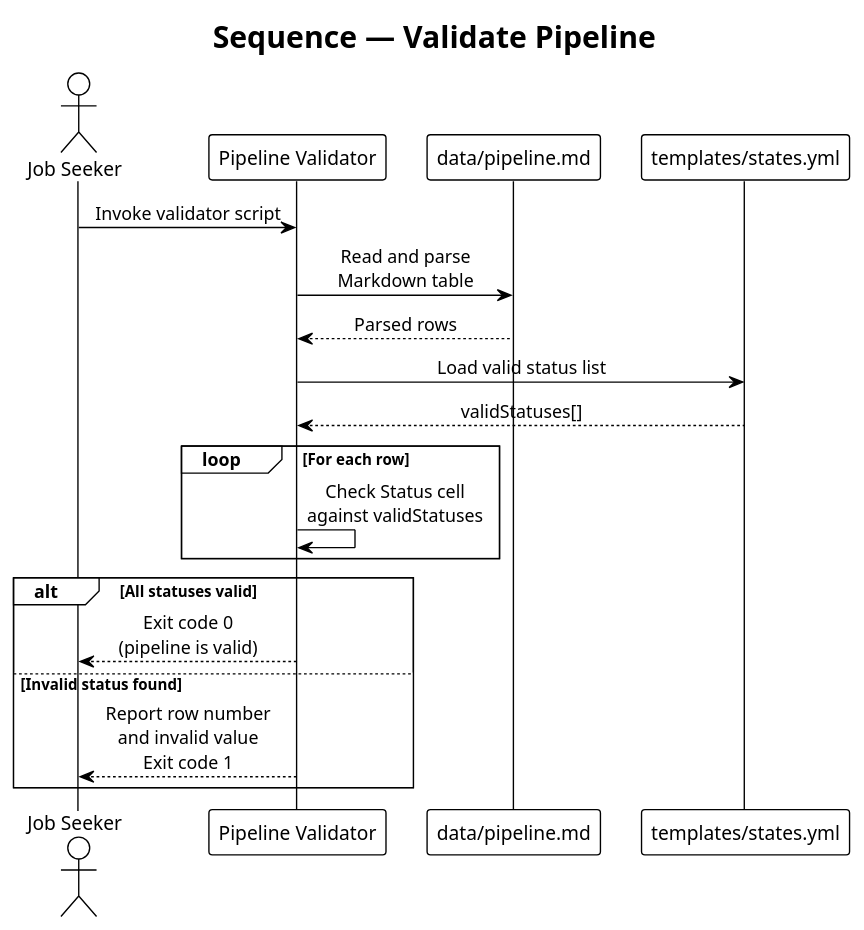
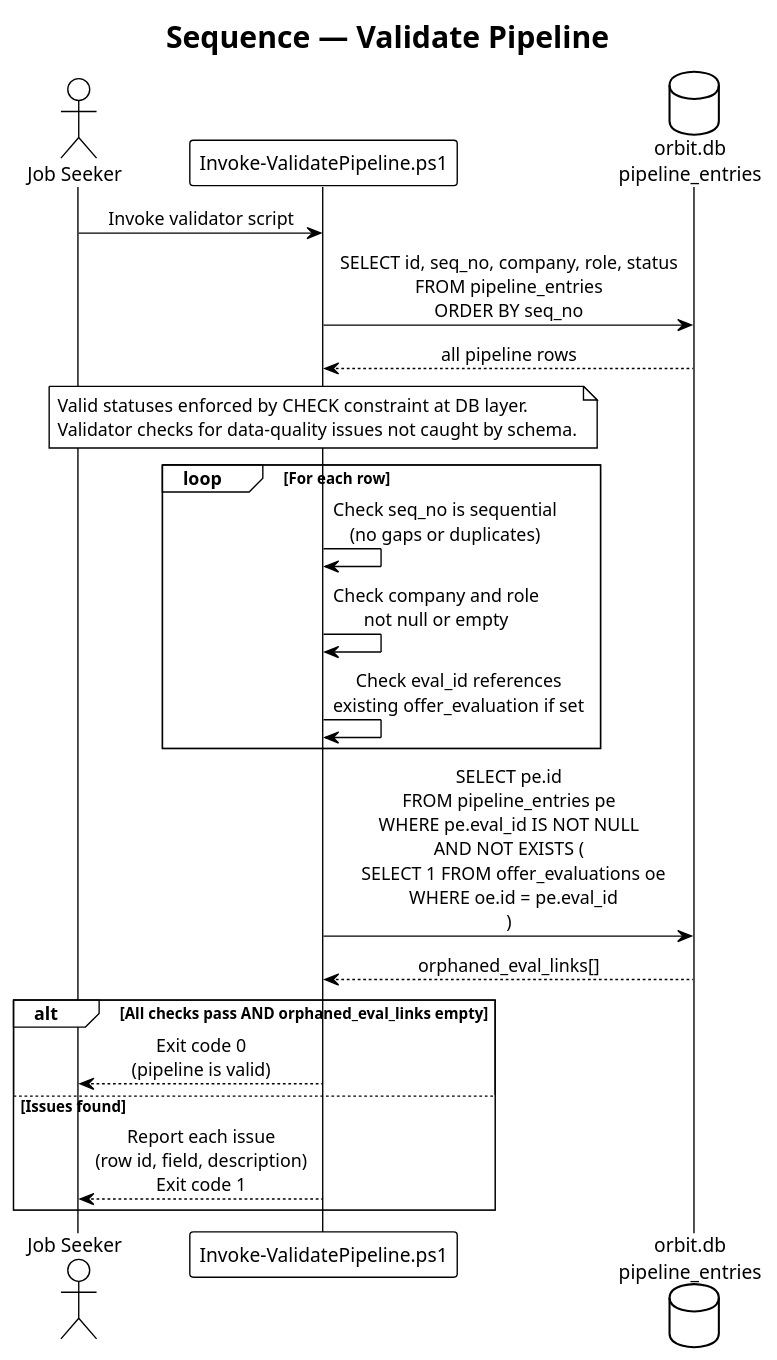
The diagram in docs/detailed-designs/03-application-pipeline-tracking/diagrams/sequence_validate_pipeline.puml (QuinntyneBrown/Orbit), drawn with PlantUML before and after one commit. The commit also changed 4 other files, not shown here.

Commit message:
Update sequence diagrams for pipeline validation, role classification, outreach, recruiter follow-up, and startup validation

```diff
--- a/docs/detailed-designs/03-application-pipeline-tracking/diagrams/sequence_validate_pipeline.puml
+++ b/docs/detailed-designs/03-application-pipeline-tracking/diagrams/sequence_validate_pipeline.puml
@@ -1,28 +1,36 @@
 @startuml sequence_validate_pipeline
 !theme plain
 skinparam sequenceMessageAlign center
 
 title Sequence — Validate Pipeline
 
 actor "Job Seeker" as User
-participant "Pipeline Validator" as Validator
-participant "data/pipeline.md" as Pipeline
-participant "templates/states.yml" as States
+participant "Invoke-ValidatePipeline.ps1" as Validator
+database "orbit.db\npipeline_entries" as DB
 
 User -> Validator : Invoke validator script
-Validator -> Pipeline : Read and parse\nMarkdown table
-Pipeline --> Validator : Parsed rows
-Validator -> States : Load valid status list
-States --> Validator : validStatuses[]
+
+Validator -> DB : SELECT id, seq_no, company, role, status\nFROM pipeline_entries\nORDER BY seq_no
+DB --> Validator : all pipeline rows
+
+note over Validator
+  Valid statuses enforced by CHECK constraint at DB layer.
+  Validator checks for data-quality issues not caught by schema.
+end note
 
 loop For each row
-    Validator -> Validator : Check Status cell\nagainst validStatuses
+    Validator -> Validator : Check seq_no is sequential\n(no gaps or duplicates)
+    Validator -> Validator : Check company and role\nnot null or empty
+    Validator -> Validator : Check eval_id references\nexisting offer_evaluation if set
 end
 
-alt All statuses valid
+Validator -> DB : SELECT pe.id\nFROM pipeline_entries pe\nWHERE pe.eval_id IS NOT NULL\nAND NOT EXISTS (\n  SELECT 1 FROM offer_evaluations oe\n  WHERE oe.id = pe.eval_id\n)
+DB --> Validator : orphaned_eval_links[]
+
+alt All checks pass AND orphaned_eval_links empty
     Validator --> User : Exit code 0\n(pipeline is valid)
-else Invalid status found
-    Validator --> User : Report row number\nand invalid value\nExit code 1
+else Issues found
+    Validator --> User : Report each issue\n(row id, field, description)\nExit code 1
 end
 
 @enduml
```
